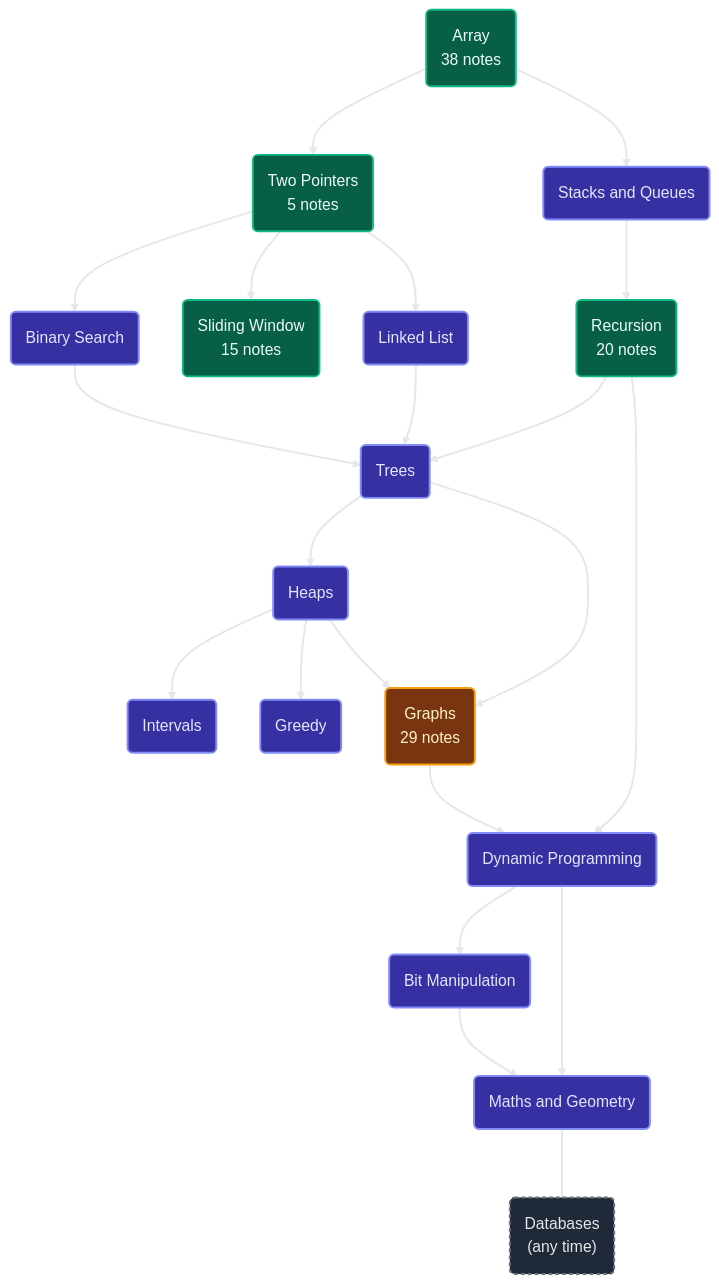
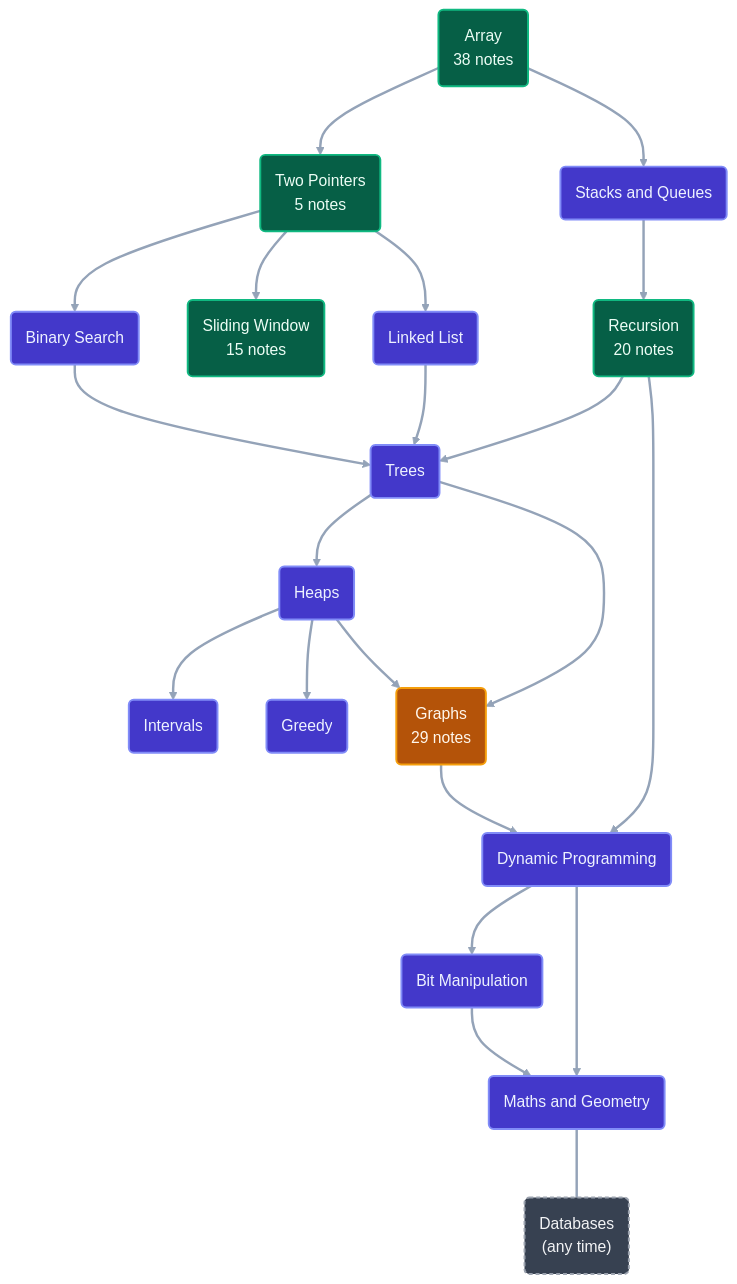
Before and after one commit to ajay-nikumbh/dsa-notes: the second of 2 diagrams in README.md, drawn with Mermaid. The commit also changed other lines of this file, not shown here.

First line of the commit message:
Redraw README diagrams as curved trees

````diff
--- a/README.md
+++ b/README.md
@@ -57,47 +75,51 @@
 ```mermaid
-%%{init: {"flowchart": {"curve": "basis", "nodeSpacing": 45, "rankSpacing": 70}}}%%
+---
+config:
+  flowchart:
+    curve: basis
+    nodeSpacing: 50
+    rankSpacing: 70
+---
 flowchart TD
     ARR("Array<br/>38 notes"):::done
     TP("Two Pointers<br/>5 notes"):::done
     SQ("Stacks and Queues"):::todo
     BS("Binary Search"):::todo
     SW("Sliding Window<br/>15 notes"):::done
     LL("Linked List"):::todo
     REC("Recursion<br/>20 notes"):::done
     TR("Trees"):::todo
     HP("Heaps"):::todo
     GR("Graphs<br/>29 notes"):::inprog
     DP("Dynamic Programming"):::todo
     IV("Intervals"):::todo
     GD("Greedy"):::todo
     BM("Bit Manipulation"):::todo
     MG("Maths and Geometry"):::todo
     DB("Databases<br/>(any time)"):::side
-
     ARR --> TP
     ARR --> SQ
     TP --> BS
     TP --> SW
     TP --> LL
     SQ --> REC
     BS --> TR
     LL --> TR
     REC --> TR
     TR --> HP
     TR --> GR
     REC --> DP
     HP --> IV
     HP --> GD
     HP --> GR
     GR --> DP
     DP --> BM
     DP --> MG
     BM --> MG
     MG ~~~ DB
-
     classDef done fill:#065f46,stroke:#10b981,stroke-width:2px,color:#ecfdf5
-    classDef inprog fill:#78350f,stroke:#f59e0b,stroke-width:2px,color:#fef3c7
-    classDef todo fill:#3730a3,stroke:#818cf8,stroke-width:2px,color:#e0e7ff
-    classDef side fill:#1f2937,stroke:#6b7280,stroke-width:2px,stroke-dasharray:4 3,color:#e5e7eb
-    linkStyle default stroke:#e5e7eb,stroke-width:2px
+    classDef inprog fill:#b45309,stroke:#f59e0b,stroke-width:2px,color:#fff7ed
+    classDef todo fill:#4338ca,stroke:#818cf8,stroke-width:2px,color:#eef2ff
+    classDef side fill:#374151,stroke:#9ca3af,stroke-width:2px,stroke-dasharray:4 3,color:#f3f4f6
+    linkStyle default stroke:#94a3b8,stroke-width:2.5px
 ```
````
